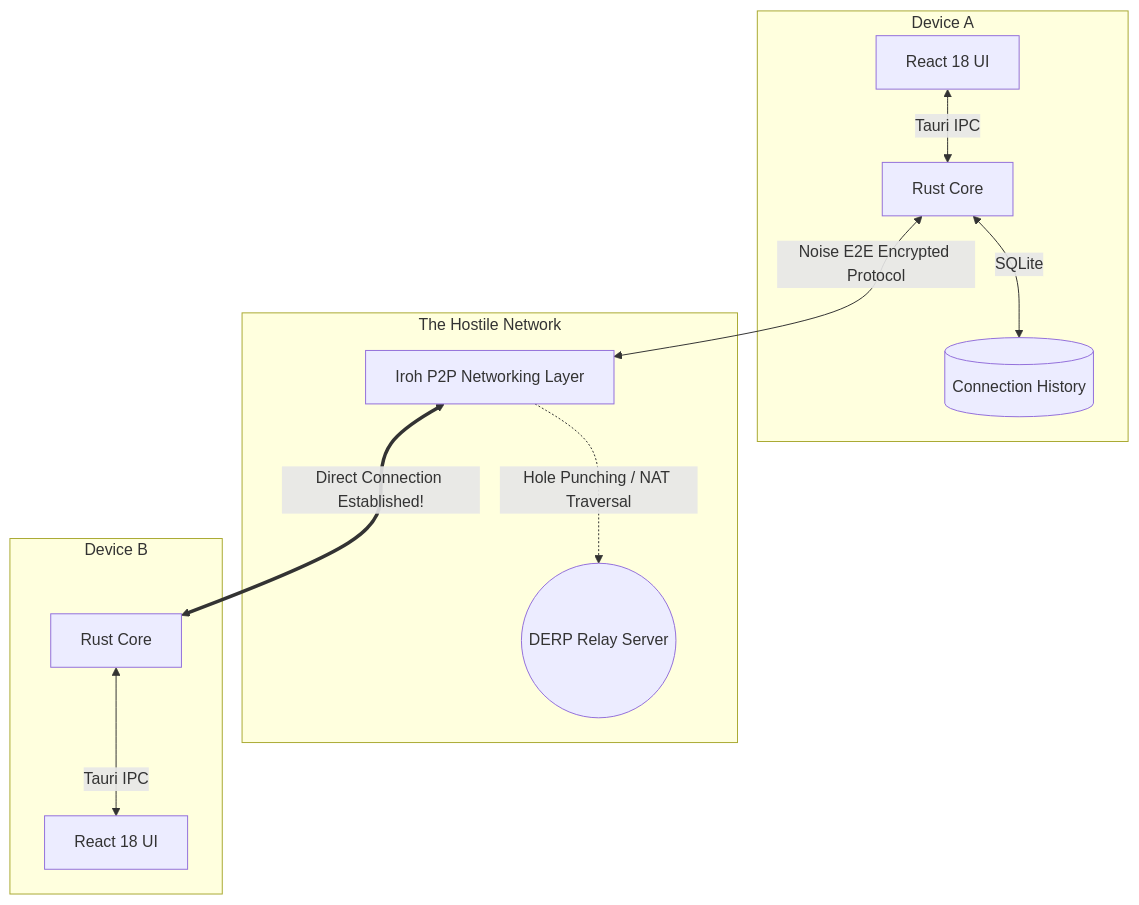
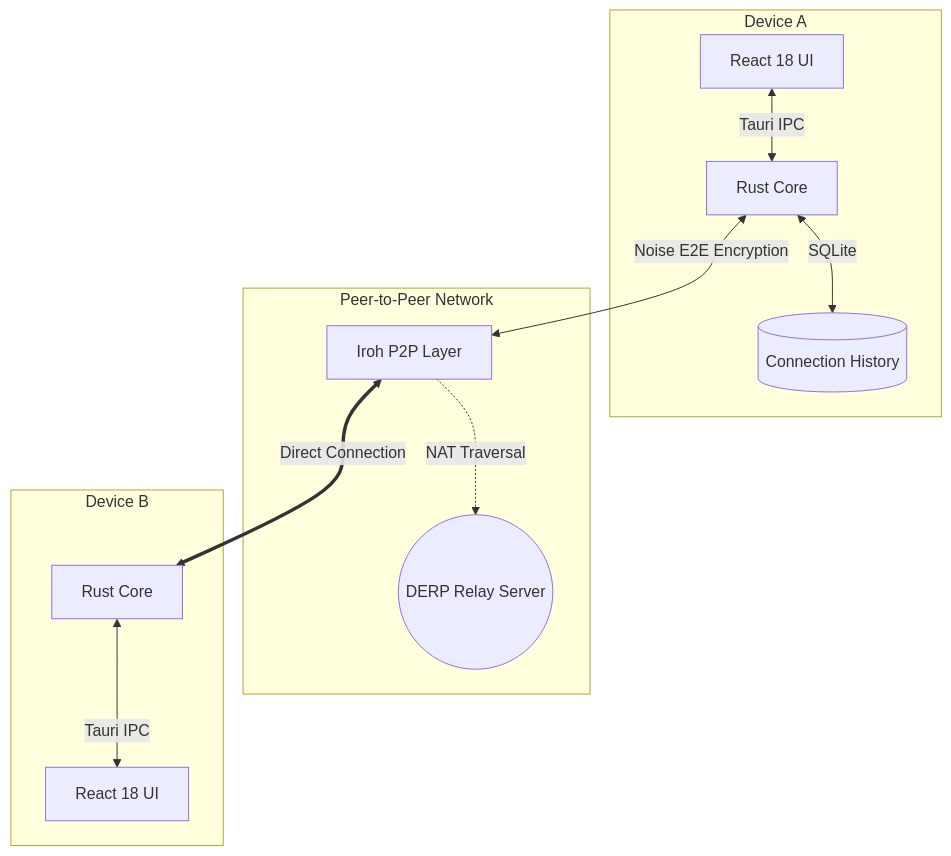
Before and after one commit to AspiringWebGaurav/send2me-rust-app: the diagram in README.md, drawn with Mermaid. The commit also changed other lines of this file and 1 other file, not shown here.

````diff
--- a/README.md
+++ b/README.md
@@ -89,20 +77,20 @@
 ```mermaid
 graph TD
     subgraph Device A
         ReactA[React 18 UI] <-->|Tauri IPC| RustA[Rust Core]
         RustA <-->|SQLite| LocalDB[(Connection History)]
     end
 
-    subgraph The Hostile Network
-        Iroh[Iroh P2P Networking Layer]
+    subgraph Peer-to-Peer Network
+        Iroh[Iroh P2P Layer]
         Relay((DERP Relay Server))
     end
 
     subgraph Device B
         RustB[Rust Core] <-->|Tauri IPC| ReactB[React 18 UI]
     end
 
-    RustA <-->|Noise E2E Encrypted Protocol| Iroh
-    Iroh -.->|Hole Punching / NAT Traversal| Relay
-    Iroh <==>|Direct Connection Established!| RustB
+    RustA <-->|Noise E2E Encryption| Iroh
+    Iroh -.->|NAT Traversal| Relay
+    Iroh <==>|Direct Connection| RustB
 ```
````
